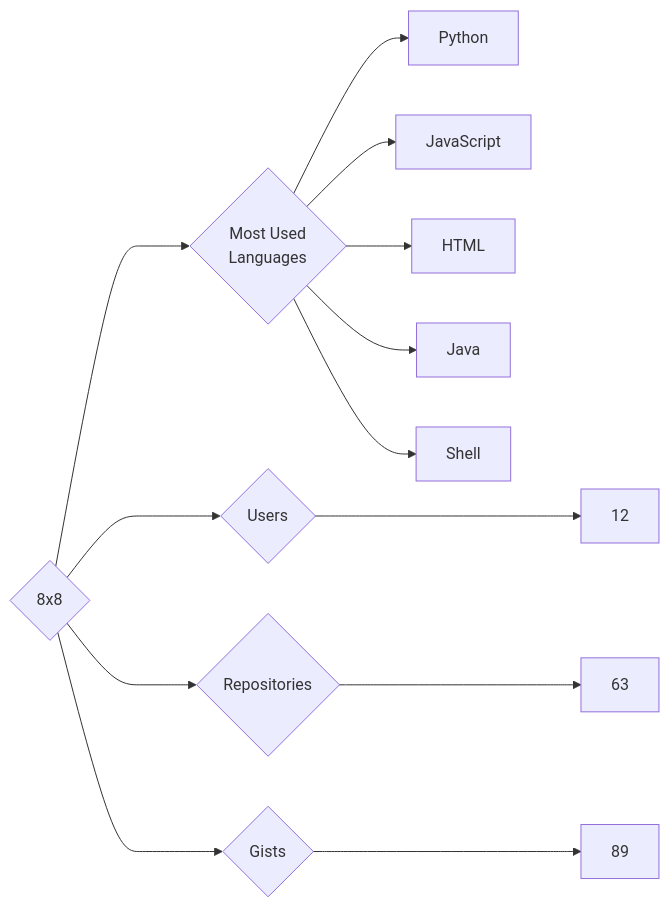
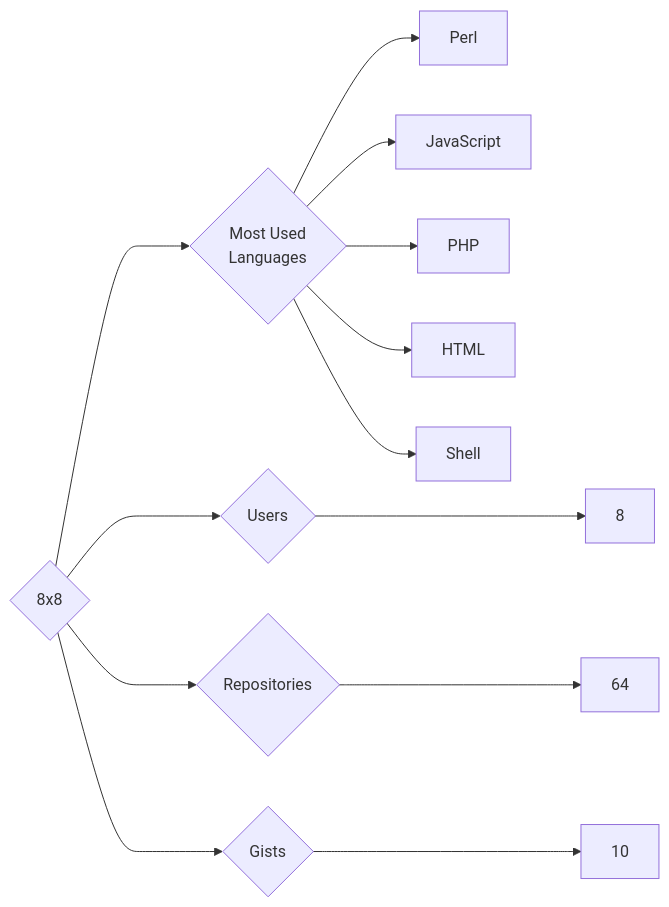
One commit to trickest/insiders changed the diagram in targets/8x8/README.md. Above: the diagram before and after it, drawn with Mermaid. The commit also changed 1212 other files, not shown here.

````diff
--- a/targets/8x8/README.md
+++ b/targets/8x8/README.md
@@ -3,13 +3,13 @@
 ```mermaid
 graph LR
 COMPANY_NAME{8x8}
-COMPANY_NAME ---> U{Users} ---> UN[12]
-COMPANY_NAME ---> R{Repositories} ---> RN[63]
-COMPANY_NAME ---> G{Gists} ---> GN[89]
+COMPANY_NAME ---> U{Users} ---> UN[8]
+COMPANY_NAME ---> R{Repositories} ---> RN[64]
+COMPANY_NAME ---> G{Gists} ---> GN[10]
 COMPANY_NAME ---> ML{Most Used<br>Languages}
-ML --> Python[Python]
+ML --> Perl[Perl]
 ML --> JavaScript[JavaScript]
+ML --> PHP[PHP]
 ML --> HTML[HTML]
-ML --> Java[Java]
 ML --> Shell[Shell]
 ```
````
